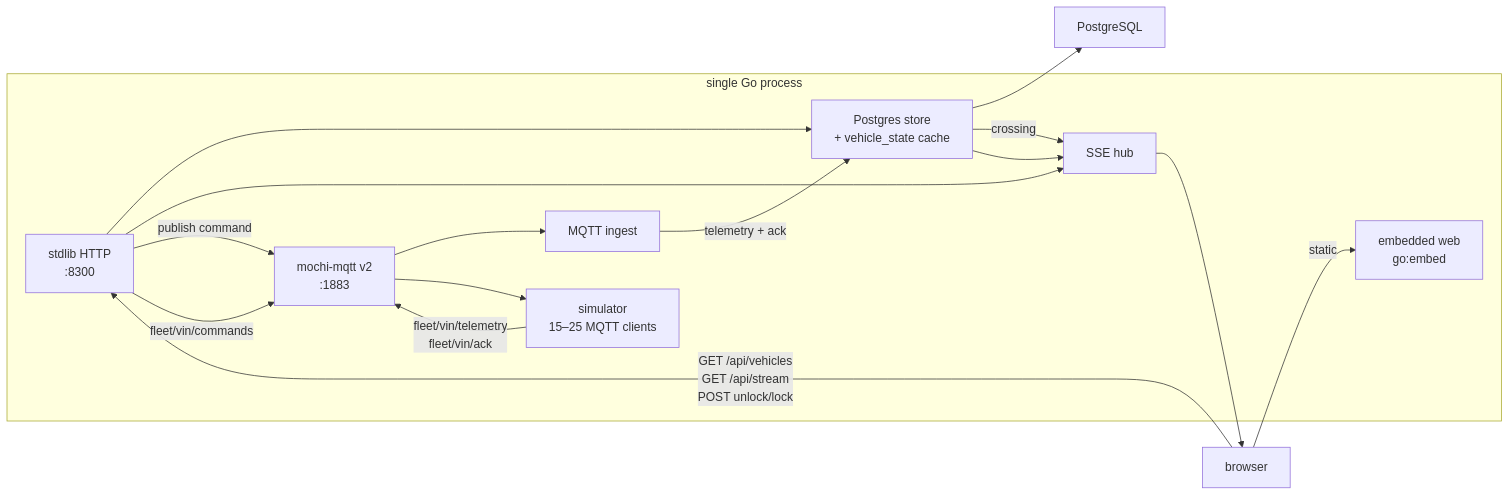
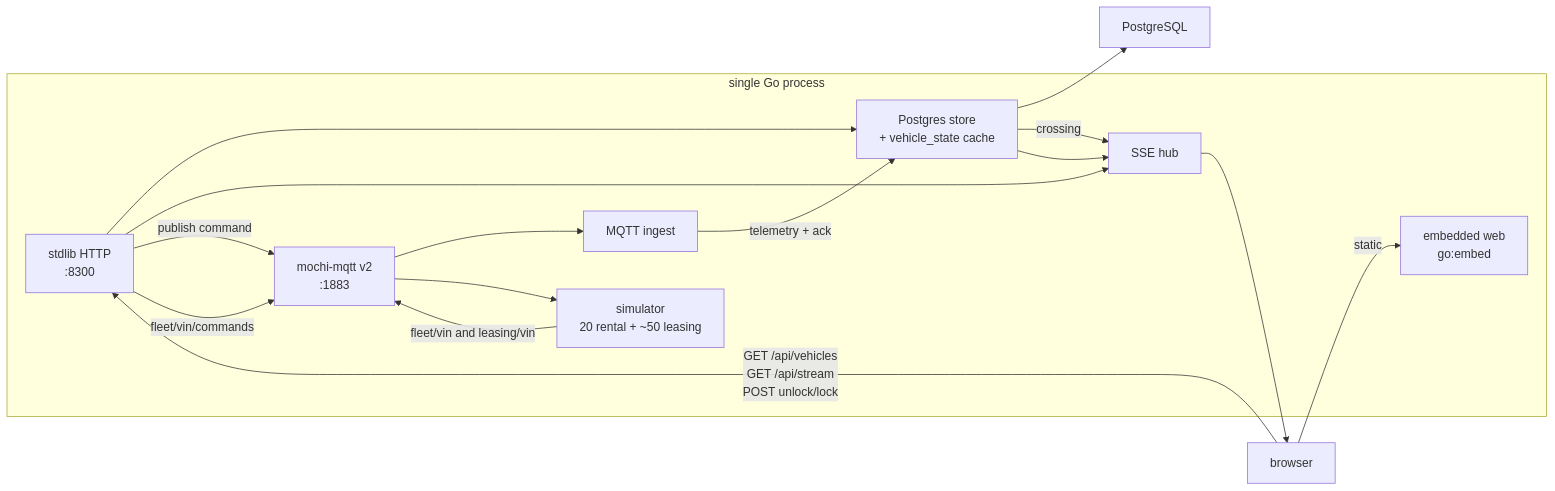
One commit to leohteixeira/fleet-pulse changed the diagram in README.md. Above: the diagram before and after it, drawn with Mermaid. The commit also changed other lines of this file and 1 other file, not shown here.

````diff
--- a/README.md
+++ b/README.md
@@ -31,27 +31,27 @@
 ```mermaid
 flowchart LR
   subgraph process["single Go process"]
     HTTP["stdlib HTTP\n:8300"]
     SSE["SSE hub"]
     Store["Postgres store\n+ vehicle_state cache"]
     Ingest["MQTT ingest"]
     Broker["mochi-mqtt v2\n:1883"]
-    Sim["simulator\n15–25 MQTT clients"]
+    Sim["simulator\n20 rental + ~50 leasing"]
     UI["embedded web\ngo:embed"]
   end
   PG["PostgreSQL"]
   Browser["browser"] -->|GET /api/vehicles\nGET /api/stream\nPOST unlock/lock| HTTP
   Browser -->|static| UI
   HTTP --> Store
   Store --> PG
   HTTP --> SSE
   HTTP -->|publish command| Broker
   Ingest -->|telemetry + ack| Store
   Store -->|crossing| SSE
   Store --> SSE
   SSE --> Browser
-  Sim -->|fleet/vin/telemetry\nfleet/vin/ack| Broker
+  Sim -->|fleet/vin and leasing/vin| Broker
   Broker --> Ingest
   HTTP -->|fleet/vin/commands| Broker
   Broker --> Sim
 ```
````
